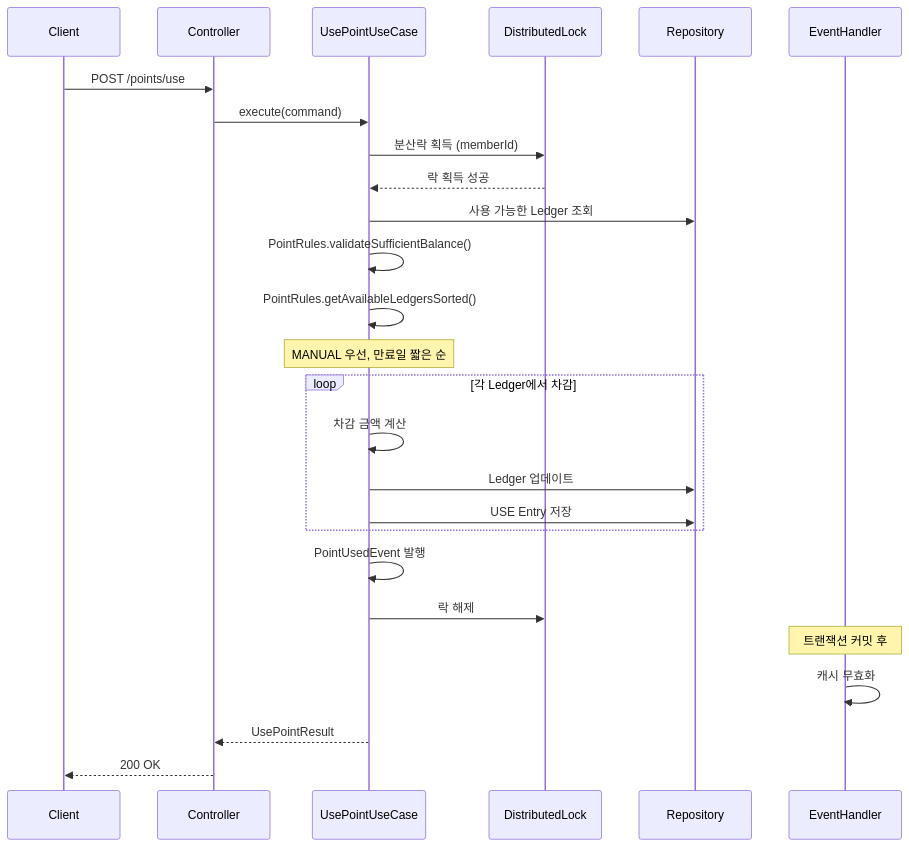
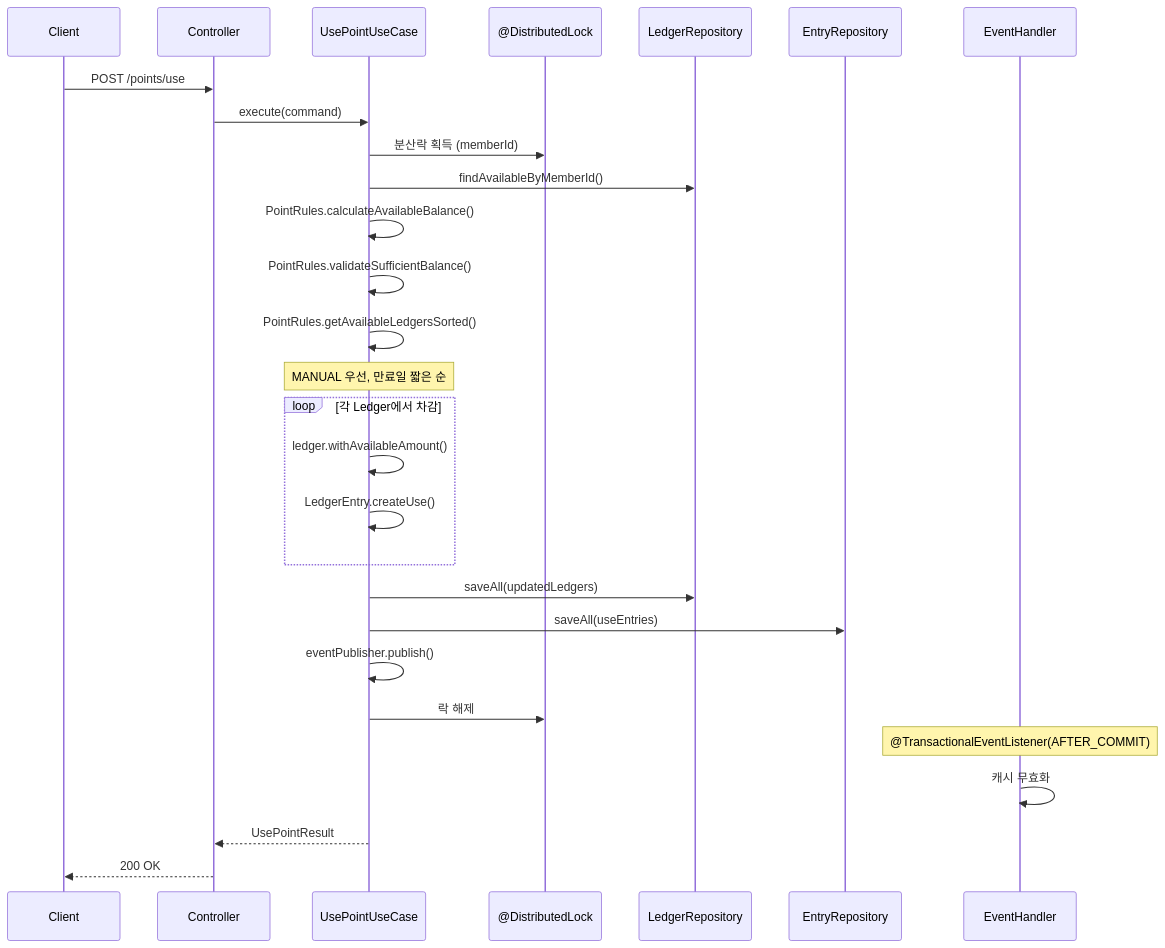
Before and after one commit to hayden-han/point-system-demo: the third of 5 diagrams in README.md, drawn with Mermaid. The commit also changed other lines of this file, not shown here.

First line of the commit message:
docs: 누락된 시퀀스 다이어그램 변경사항을 업데이트

````diff
--- a/README.md
+++ b/README.md
@@ -342,36 +342,37 @@
 ```mermaid
 sequenceDiagram
     participant Client
     participant Controller
     participant UseCase as UsePointUseCase
-    participant Lock as DistributedLock
-    participant Repository
+    participant Lock as @DistributedLock
+    participant LedgerRepo as LedgerRepository
+    participant EntryRepo as EntryRepository
     participant EventHandler
 
     Client->>Controller: POST /points/use
     Controller->>UseCase: execute(command)
+    UseCase->>Lock: 분산락 획득 (memberId)
 
-    UseCase->>Lock: 분산락 획득 (memberId)
-    Lock-->>UseCase: 락 획득 성공
-
-    UseCase->>Repository: 사용 가능한 Ledger 조회
+    UseCase->>LedgerRepo: findAvailableByMemberId()
+    UseCase->>UseCase: PointRules.calculateAvailableBalance()
     UseCase->>UseCase: PointRules.validateSufficientBalance()
     UseCase->>UseCase: PointRules.getAvailableLedgersSorted()
 
     Note over UseCase: MANUAL 우선, 만료일 짧은 순
 
     loop 각 Ledger에서 차감
-        UseCase->>UseCase: 차감 금액 계산
-        UseCase->>Repository: Ledger 업데이트
-        UseCase->>Repository: USE Entry 저장
+        UseCase->>UseCase: ledger.withAvailableAmount()
+        UseCase->>UseCase: LedgerEntry.createUse()
     end
 
-    UseCase->>UseCase: PointUsedEvent 발행
+    UseCase->>LedgerRepo: saveAll(updatedLedgers)
+    UseCase->>EntryRepo: saveAll(useEntries)
+    UseCase->>UseCase: eventPublisher.publish()
     UseCase->>Lock: 락 해제
 
-    Note over EventHandler: 트랜잭션 커밋 후
+    Note over EventHandler: @TransactionalEventListener(AFTER_COMMIT)
     EventHandler->>EventHandler: 캐시 무효화
 
     UseCase-->>Controller: UsePointResult
     Controller-->>Client: 200 OK
 ```
````
